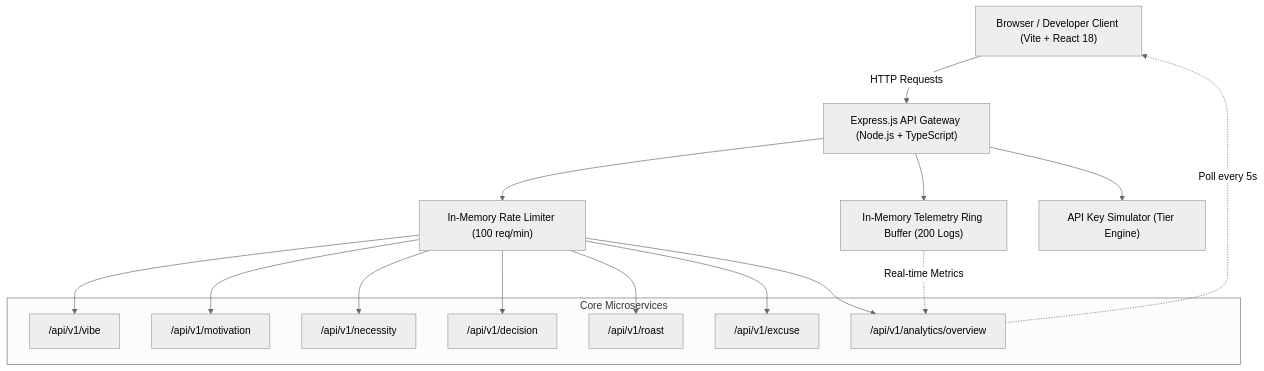
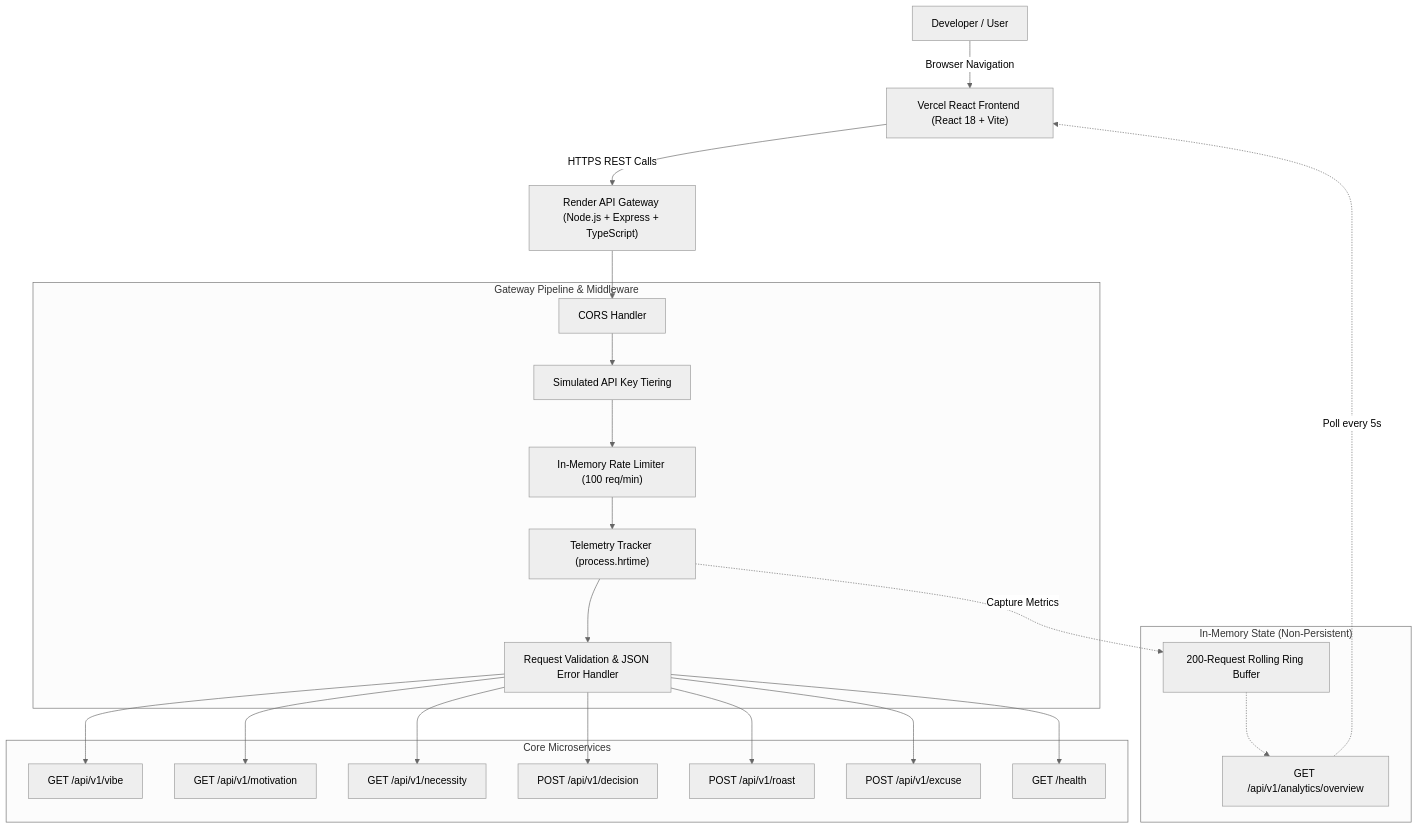
Before and after one commit to jisssz/hell-yeah-useless-api: the diagram in README.md, drawn with Mermaid (neutral theme). The commit also changed other lines of this file and 1 other file, not shown here.

Commit message:
docs: finalize TinkerHub submission README

````diff
--- a/README.md
+++ b/README.md
@@ -63,34 +77,45 @@
 ```mermaid
 flowchart TD
-    Client["Browser / Developer Client (Vite + React 18)"]
-    Gateway["Express.js API Gateway (Node.js + TypeScript)"]
-    Telemetry["In-Memory Telemetry Ring Buffer (200 Logs)"]
-    RateLimiter["In-Memory Rate Limiter (100 req/min)"]
-    KeyAuth["API Key Simulator (Tier Engine)"]
+    User["Developer / User"]
+    Client["Vercel React Frontend (React 18 + Vite)"]
+    Gateway["Render API Gateway (Node.js + Express + TypeScript)"]
     
-    subgraph "Core Microservices"
-        Vibe["/api/v1/vibe"]
-        Motivation["/api/v1/motivation"]
-        Necessity["/api/v1/necessity"]
-        Decision["/api/v1/decision"]
-        Roast["/api/v1/roast"]
-        Excuse["/api/v1/excuse"]
-        Analytics["/api/v1/analytics/overview"]
+    subgraph "Gateway Pipeline & Middleware"
+        CORS["CORS Handler"]
+        Auth["Simulated API Key Tiering"]
+        Limiter["In-Memory Rate Limiter (100 req/min)"]
+        Telemetry["Telemetry Tracker (process.hrtime)"]
+        Validator["Request Validation & JSON Error Handler"]
     end
 
-    Client -->|HTTP Requests| Gateway
-    Gateway --> Telemetry
-    Gateway --> KeyAuth
-    Gateway --> RateLimiter
+    subgraph "Core Microservices"
+        Vibe["GET /api/v1/vibe"]
+        Motivation["GET /api/v1/motivation"]
+        Necessity["GET /api/v1/necessity"]
+        Decision["POST /api/v1/decision"]
+        Roast["POST /api/v1/roast"]
+        Excuse["POST /api/v1/excuse"]
+        Health["GET /health"]
+    end
+
+    subgraph "In-Memory State (Non-Persistent)"
+        RingBuffer["200-Request Rolling Ring Buffer"]
+        Analytics["GET /api/v1/analytics/overview"]
+    end
+
+    User -->|Browser Navigation| Client
+    Client -->|HTTPS REST Calls| Gateway
+    Gateway --> CORS --> Auth --> Limiter --> Telemetry --> Validator
     
-    RateLimiter --> Vibe
-    RateLimiter --> Motivation
-    RateLimiter --> Necessity
-    RateLimiter --> Decision
-    RateLimiter --> Roast
-    RateLimiter --> Excuse
-    RateLimiter --> Analytics
+    Validator --> Vibe
+    Validator --> Motivation
+    Validator --> Necessity
+    Validator --> Decision
+    Validator --> Roast
+    Validator --> Excuse
+    Validator --> Health
     
-    Telemetry -.->|Real-time Metrics| Analytics
+    Telemetry -.->|Capture Metrics| RingBuffer
+    RingBuffer -.-> Analytics
     Analytics -.->|Poll every 5s| Client
 ```
````
